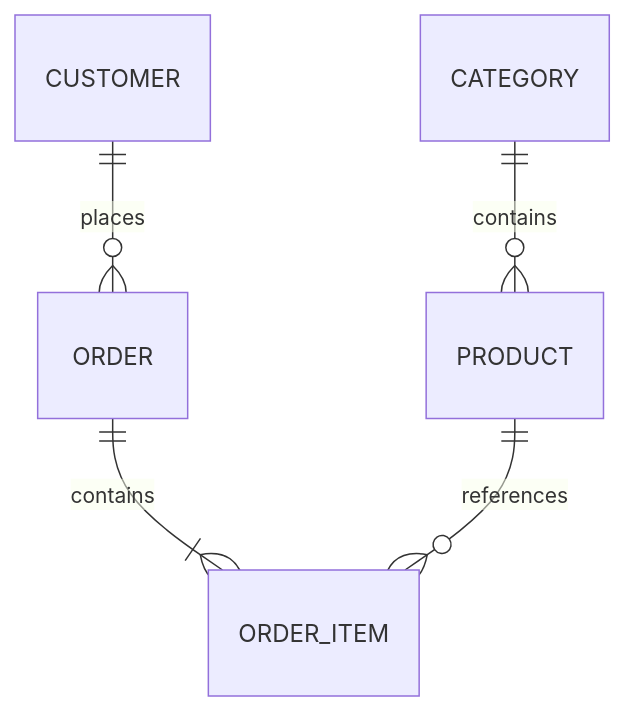
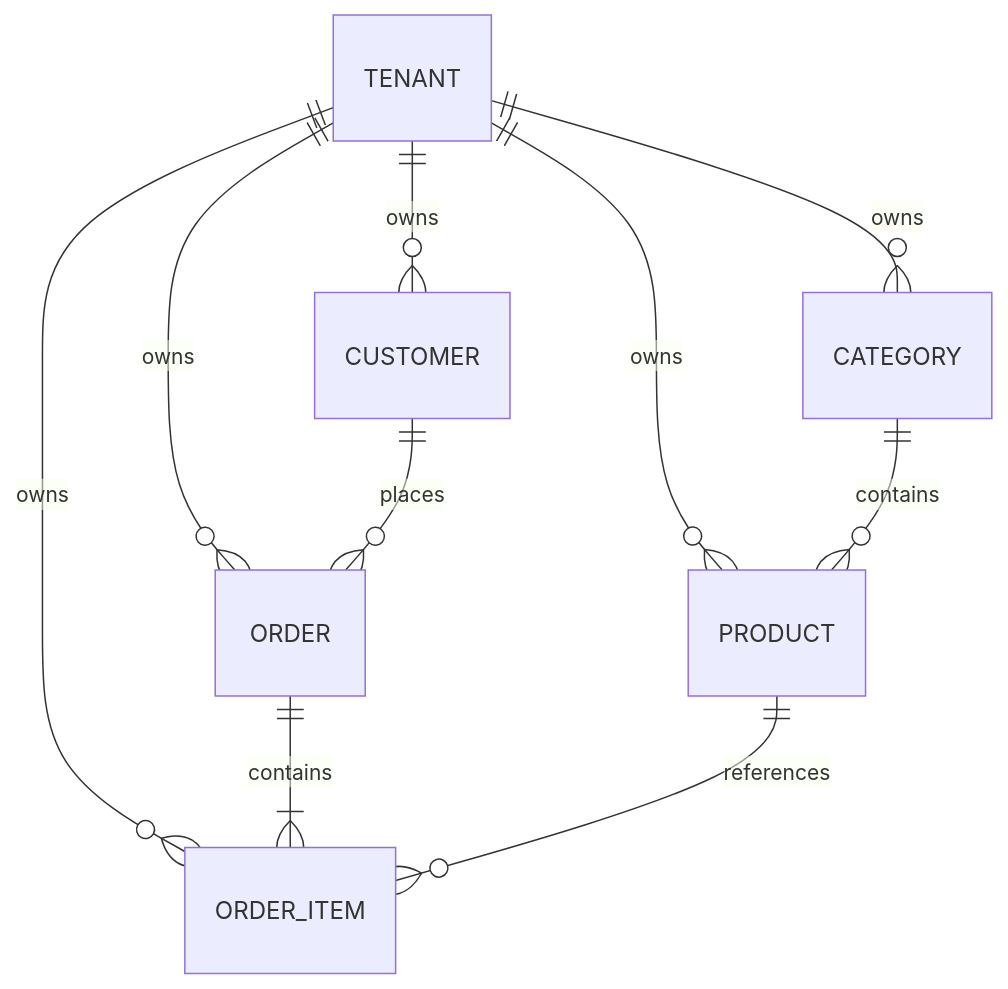
The diagram in BUILD_MINISHOP_FROM_ZERO.md (yash9157/minishop-interview), drawn with Mermaid before and after one commit. The commit also changed other lines of this file and 40 other files, not shown here.

````diff
--- a/BUILD_MINISHOP_FROM_ZERO.md
+++ b/BUILD_MINISHOP_FROM_ZERO.md
@@ -24,7 +24,12 @@
 ```mermaid
 erDiagram
+  TENANT ||--o{ CATEGORY : owns
+  TENANT ||--o{ PRODUCT : owns
+  TENANT ||--o{ CUSTOMER : owns
+  TENANT ||--o{ ORDER : owns
+  TENANT ||--o{ ORDER_ITEM : owns
   CATEGORY ||--o{ PRODUCT : contains
   CUSTOMER ||--o{ ORDER : places
   ORDER ||--|{ ORDER_ITEM : contains
   PRODUCT ||--o{ ORDER_ITEM : references
 ```
````
